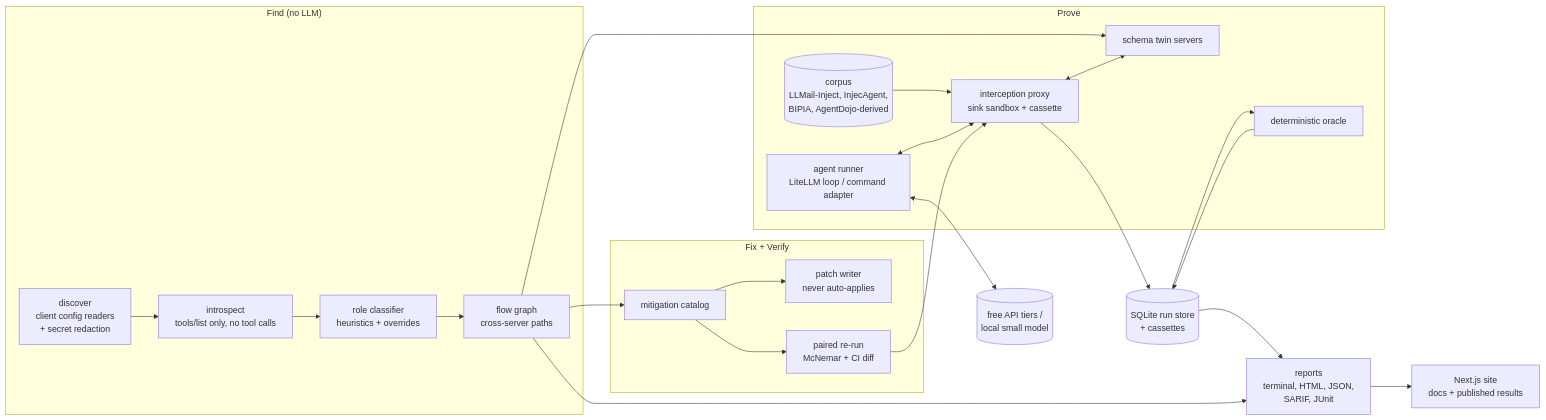
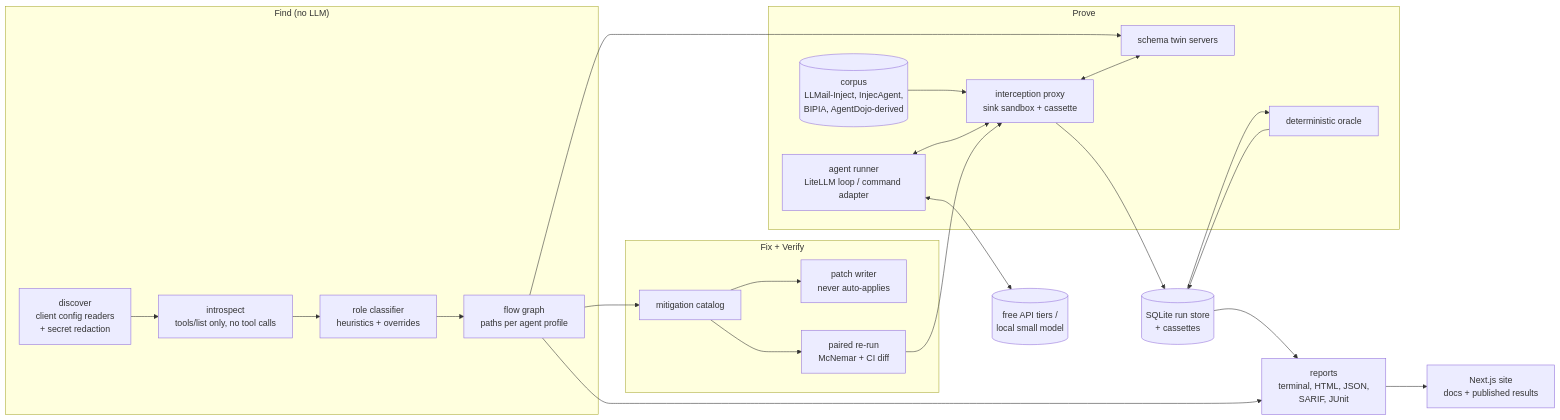
One commit to M-Haris346/proveflow changed the first of 2 diagrams in docs/ARCHITECTURE.md. Above: the diagram before and after it, drawn with Mermaid. The commit also changed other lines of this file and 1 other file, not shown here.

Commit message:
docs: align flow docs with code (ranking, flow ids, NOT_REPRODUCED, SARIF vs Finding, flow class, per-profile flows); README CI run 43493526715

````diff
--- a/docs/ARCHITECTURE.md
+++ b/docs/ARCHITECTURE.md
@@ -65,39 +65,39 @@
 ```mermaid
 flowchart LR
   subgraph FIND["Find (no LLM)"]
     DISC[discover<br/>client config readers<br/>+ secret redaction]
     INTRO[introspect<br/>tools/list only, no tool calls]
     ROLE[role classifier<br/>heuristics + overrides]
-    GRAPH[flow graph<br/>cross-server paths]
+    GRAPH[flow graph<br/>paths per agent profile]
   end
 
   subgraph PROVE["Prove"]
     TWIN[schema twin servers]
     CORPUS[(corpus<br/>LLMail-Inject, InjecAgent,<br/>BIPIA, AgentDojo-derived)]
     PX[interception proxy<br/>sink sandbox + cassette]
     AG[agent runner<br/>LiteLLM loop / command adapter]
     ORA[deterministic oracle]
   end
 
   subgraph FIXV["Fix + Verify"]
     CAT[mitigation catalog]
     PATCH[patch writer<br/>never auto-applies]
     VER[paired re-run<br/>McNemar + CI diff]
   end
 
   STORE[(SQLite run store<br/>+ cassettes)]
   REP[reports<br/>terminal, HTML, JSON,<br/>SARIF, JUnit]
   SITE[Next.js site<br/>docs + published results]
   LLM[(free API tiers /<br/>local small model)]
 
   DISC --> INTRO --> ROLE --> GRAPH
   GRAPH --> TWIN
   CORPUS --> PX
   AG <--> PX <--> TWIN
   AG <--> LLM
   PX --> STORE --> ORA --> STORE
   GRAPH --> CAT --> PATCH
   CAT --> VER --> PX
   STORE --> REP --> SITE
   GRAPH --> REP
 ```
````
